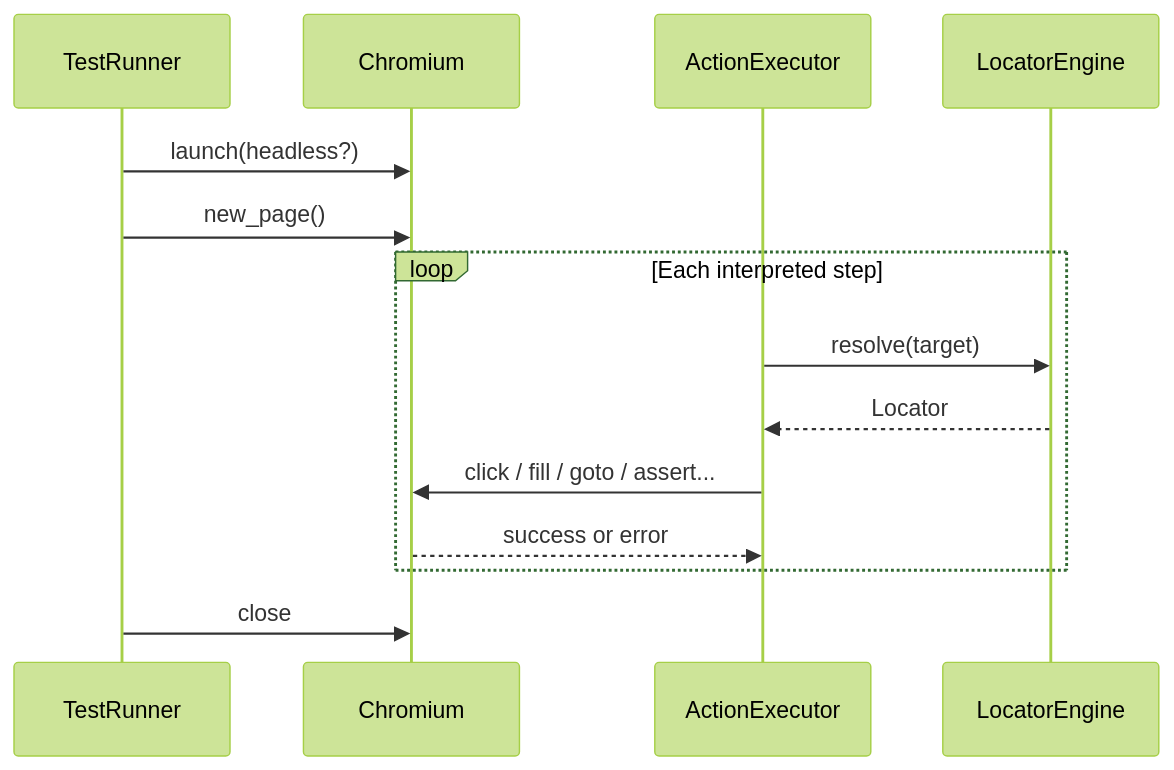
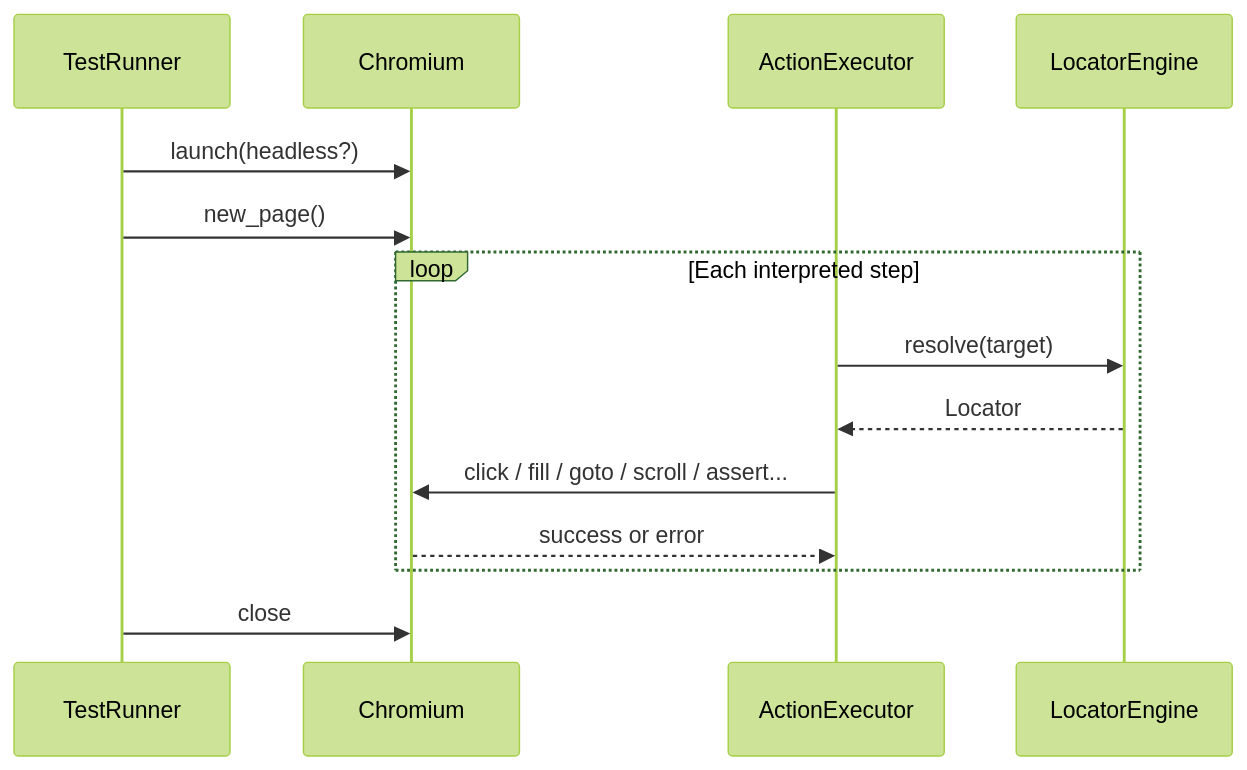
One commit to JayChevli18/AI_Automation_Testing_Framework changed the third of 3 diagrams in README.md. Above: the diagram before and after it, drawn with Mermaid (forest theme). The commit also changed other lines of this file, not shown here.

````diff
--- a/README.md
+++ b/README.md
@@ -1039,16 +1052,16 @@
 ```mermaid
 sequenceDiagram
   participant TR as TestRunner
   participant BR as Chromium
   participant AE as ActionExecutor
   participant LE as LocatorEngine
   TR->>BR: launch(headless?)
   TR->>BR: new_page()
   loop Each interpreted step
     AE->>LE: resolve(target)
     LE-->>AE: Locator
-    AE->>BR: click / fill / goto / assert...
+    AE->>BR: click / fill / goto / scroll / assert...
     BR-->>AE: success or error
   end
   TR->>BR: close
 ```
````
